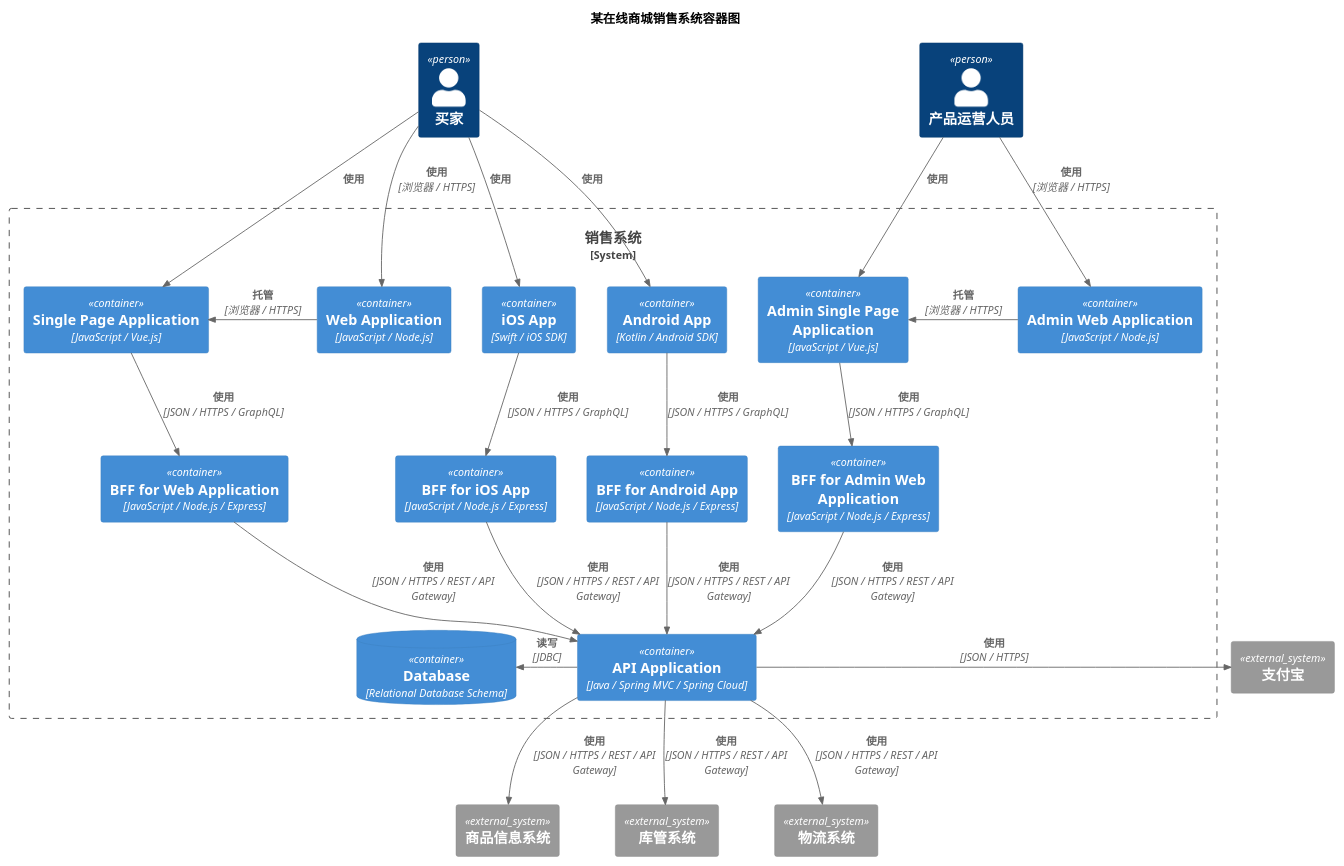
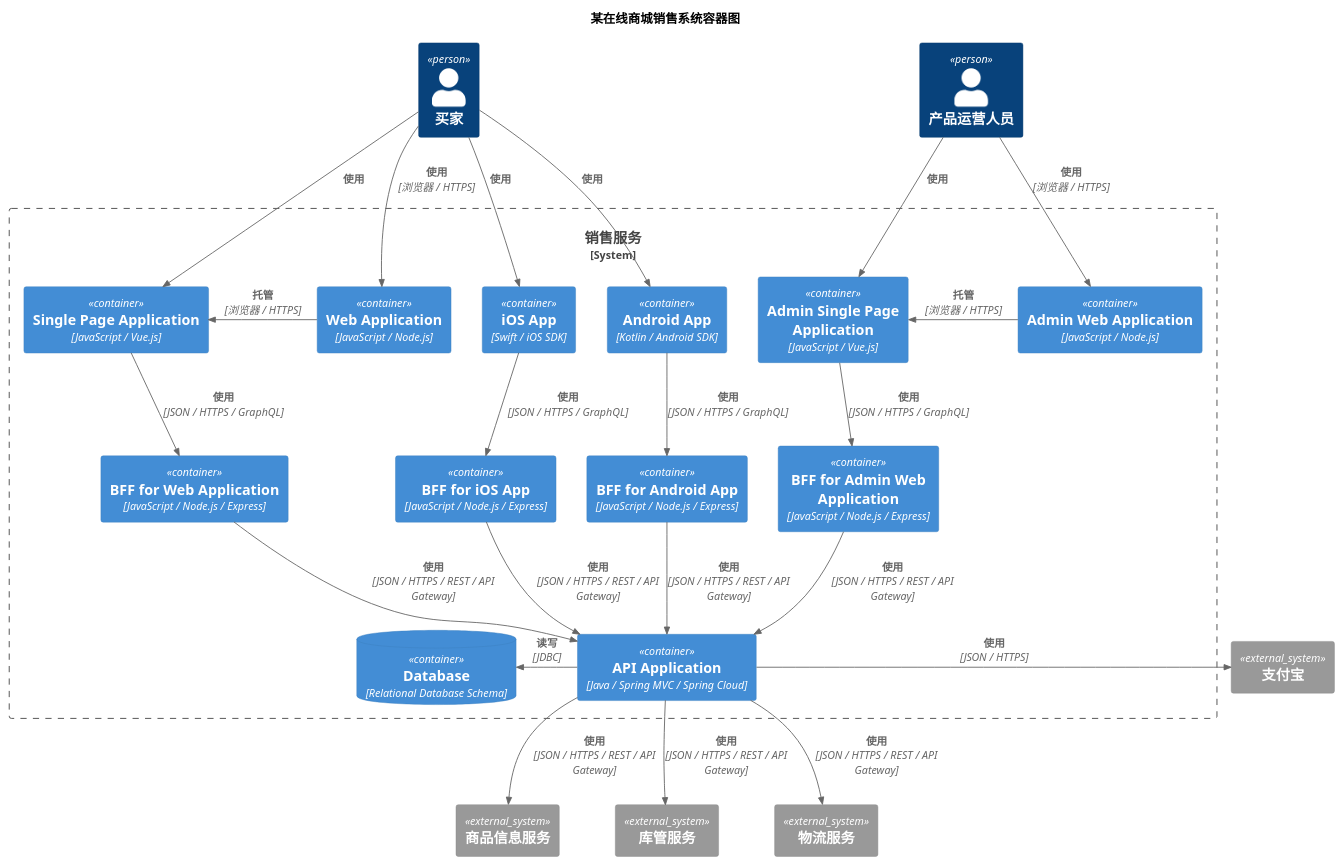
The diagram in jingxi-mall-container.puml (howiehu/c4-plantuml-demo), drawn with PlantUML before and after one commit. The commit also changed 6 other files, not shown here.

Commit message:
update jingxi mall diagrams

```diff
--- a/jingxi-mall-container.puml
+++ b/jingxi-mall-container.puml
@@ -1,61 +1,61 @@
 @startuml
 !includeurl https://raw.githubusercontent.com/RicardoNiepel/C4-PlantUML/release/1-0/C4_Container.puml
 
 title 某在线商城销售系统容器图
 
 Person(customer, "买家")
 Person(operator, "产品运营人员")
 
 System_Ext(alipay, "支付宝")
 
-System_Boundary(mall, "销售系统"){
+System_Boundary(mall, "销售服务"){
     Container(spa, "Single Page Application", "JavaScript / Vue.js")
     Container(web, "Web Application", "JavaScript / Node.js")
     Container(ios, "iOS App", "Swift / iOS SDK")
     Container(android, "Android App", "Kotlin / Android SDK")
     Container(spa_admin, "Admin Single Page Application", "JavaScript / Vue.js")
     Container(web_admin, "Admin Web Application", "JavaScript / Node.js")
 
     Container(bff_web, "BFF for Web Application", "JavaScript / Node.js / Express")
     Container(bff_web_admin, "BFF for Admin Web Application", "JavaScript / Node.js / Express")
     Container(bff_ios, "BFF for iOS App", "JavaScript / Node.js / Express")
     Container(bff_android, "BFF for Android App", "JavaScript / Node.js / Express")
 
     Container(mall_api, "API Application", "Java / Spring MVC / Spring Cloud")
     ContainerDb(mall_db, "Database", "Relational Database Schema")
 }
 
-System_Ext(goods_info, "商品信息系统")
-System_Ext(warhouse, "库管系统")
-System_Ext(logistics, "物流系统")
+System_Ext(goods_info, "商品信息服务")
+System_Ext(warhouse, "库管服务")
+System_Ext(logistics, "物流服务")
 
 Rel(customer, spa, "使用")
 Rel(customer, web, "使用", "浏览器 / HTTPS")
 Rel(customer, ios, "使用")
 Rel(customer, android, "使用")
 
 Rel(operator, spa_admin, "使用")
 Rel(operator, web_admin, "使用", "浏览器 / HTTPS")
 
 Rel_Back_Neighbor(spa, web, "托管", "浏览器 / HTTPS")
 Rel(spa, bff_web, "使用", "JSON / HTTPS / GraphQL")
 
 Rel_Back_Neighbor(spa_admin, web_admin, "托管", "浏览器 / HTTPS")
 Rel(spa_admin, bff_web_admin, "使用", "JSON / HTTPS / GraphQL")
 
 Rel(ios, bff_ios, "使用", "JSON / HTTPS / GraphQL")
 Rel(android, bff_android, "使用", "JSON / HTTPS / GraphQL")
 
 Rel(bff_web, mall_api, "使用", "JSON / HTTPS / REST / API Gateway")
 Rel(bff_web_admin, mall_api, "使用", "JSON / HTTPS / REST / API Gateway")
 Rel(bff_ios, mall_api, "使用", "JSON / HTTPS / REST / API Gateway")
 Rel(bff_android, mall_api, "使用", "JSON / HTTPS / REST / API Gateway")
 
 Rel_Neighbor(mall_api, alipay, "使用", "JSON / HTTPS")
 Rel(mall_api, goods_info, "使用", "JSON / HTTPS / REST / API Gateway")
 Rel(mall_api, warhouse, "使用", "JSON / HTTPS / REST / API Gateway")
 Rel(mall_api, logistics, "使用", "JSON / HTTPS / REST / API Gateway")
 
 Rel_Back_Neighbor(mall_db, mall_api, "读写", "JDBC")
 
 @enduml
```
